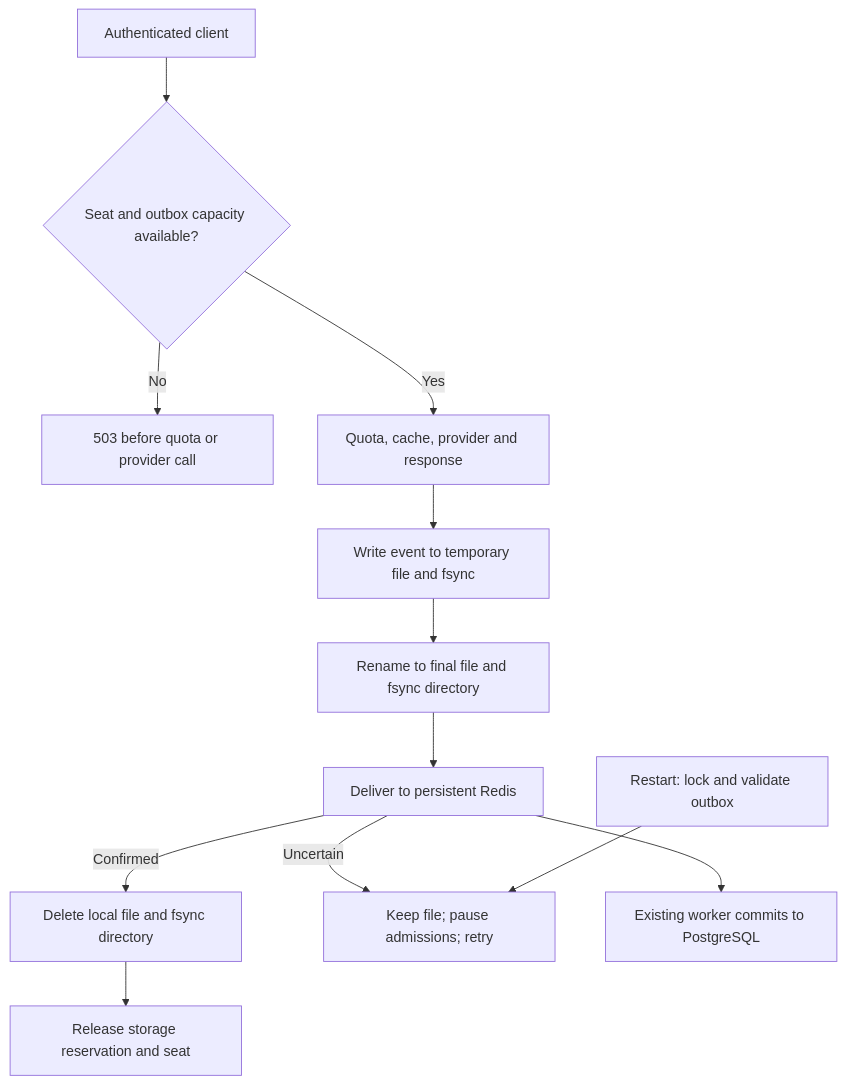
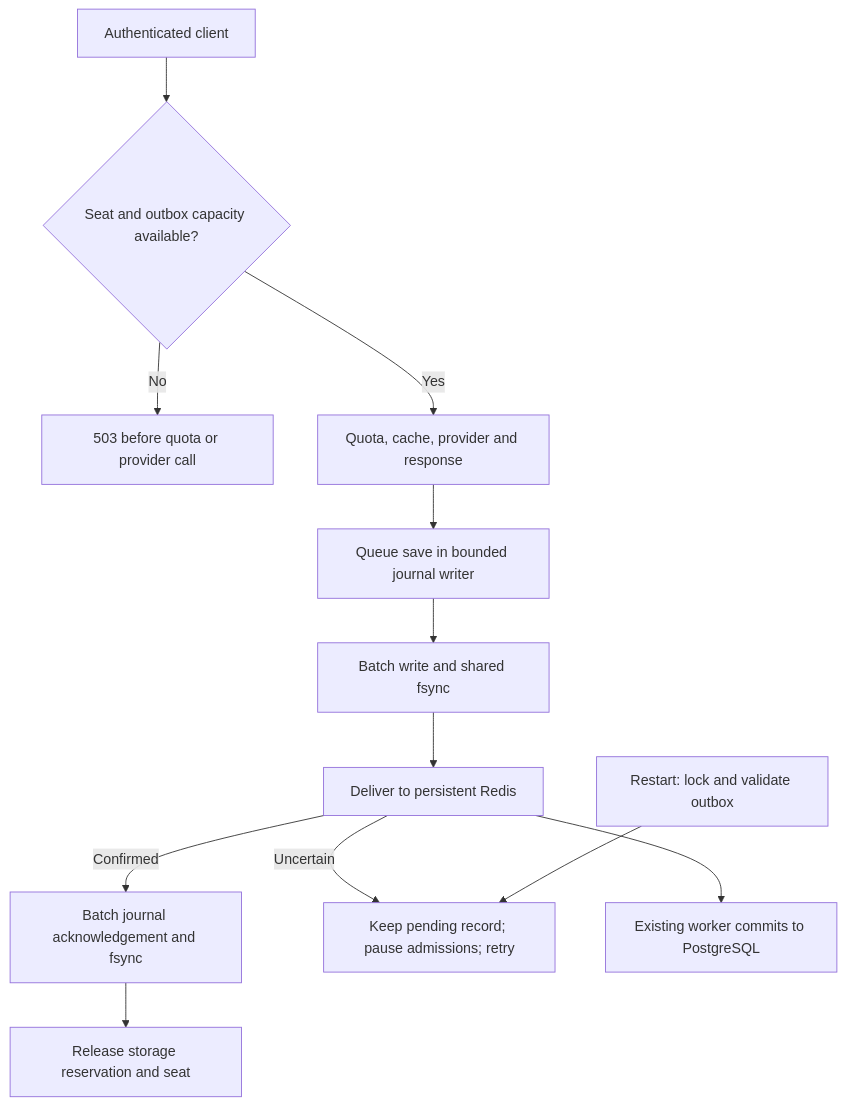
Before and after one commit to Shikhar-24100/janus-proxy: the diagram in docs/durable-outbox.md, drawn with Mermaid. The commit also changed other lines of this file and 11 other files, not shown here.

Commit message:
Batch durable usage writes in a recoverable journal

````diff
--- a/docs/durable-outbox.md
+++ b/docs/durable-outbox.md
@@ -15,14 +15,14 @@
 ```mermaid
 flowchart TD
   C[Authenticated client] --> A{Seat and outbox capacity available?}
   A -->|No| E[503 before quota or provider call]
   A -->|Yes| P[Quota, cache, provider and response]
-  P --> O[Write event to temporary file and fsync]
-  O --> R[Rename to final file and fsync directory]
+  P --> O[Queue save in bounded journal writer]
+  O --> R[Batch write and shared fsync]
   R --> Q[Deliver to persistent Redis]
-  Q -->|Confirmed| D[Delete local file and fsync directory]
+  Q -->|Confirmed| D[Batch journal acknowledgement and fsync]
   D --> F[Release storage reservation and seat]
-  Q -->|Uncertain| B[Keep file; pause admissions; retry]
+  Q -->|Uncertain| B[Keep pending record; pause admissions; retry]
   S[Restart: lock and validate outbox] --> B
   Q --> W[Existing worker commits to PostgreSQL]
 ```
````
